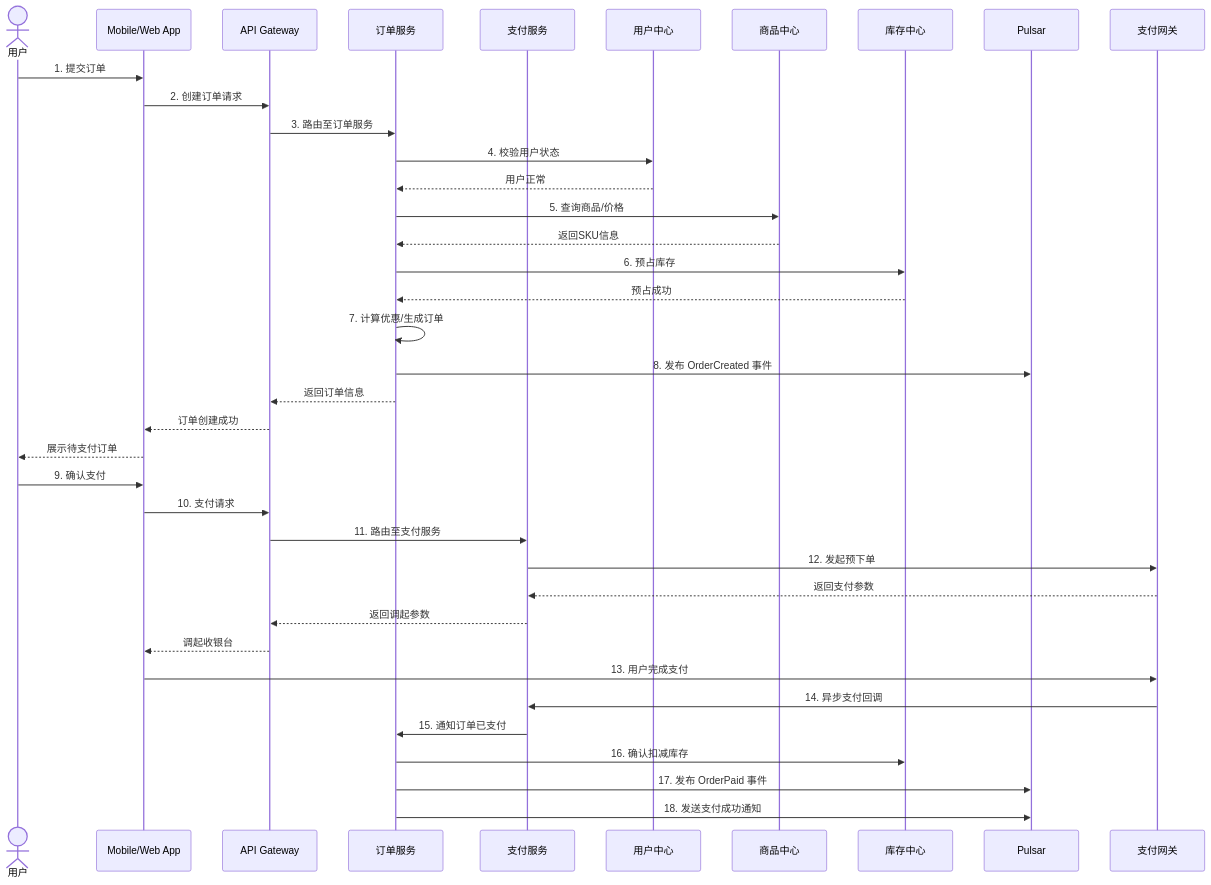
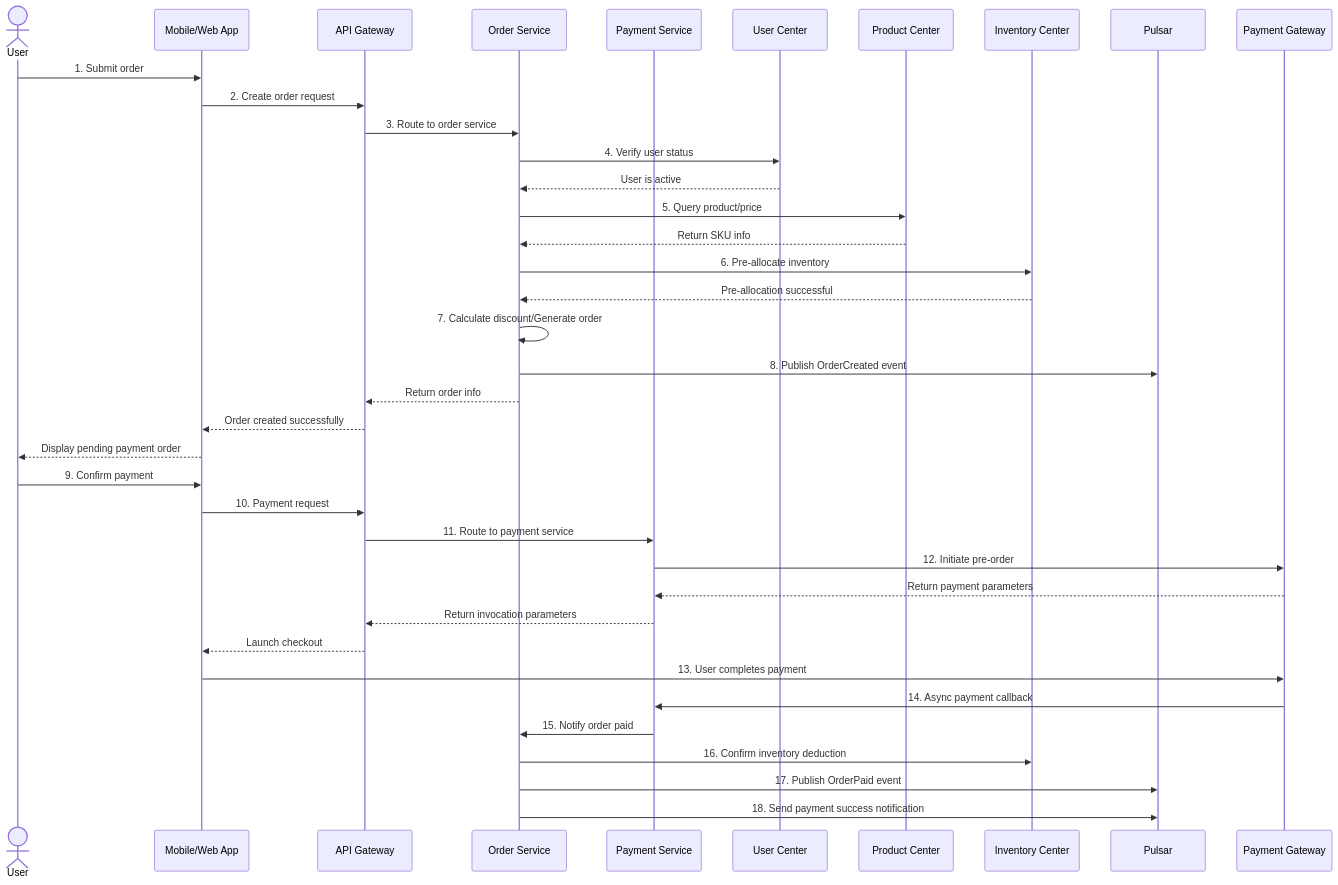
One commit to Kirky-X/cangjie changed the eighth of 15 diagrams in templates/产品/技术层/【模板】架构设计文档.md. Above: the diagram before and after it, drawn with Mermaid. The commit also changed other lines of this file and 46 other files, not shown here.

````diff
--- a/templates/产品/技术层/【模板】架构设计文档.md
+++ b/templates/产品/技术层/【模板】架构设计文档.md
@@ -379,42 +379,42 @@
 ```mermaid
 sequenceDiagram
-    actor U as 用户
+    actor U as User
     participant App as Mobile/Web App
     participant GW as API Gateway
-    participant OS as 订单服务
-    participant PS as 支付服务
-    participant US as 用户中心
-    participant PCS as 商品中心
-    participant ICS as 库存中心
+    participant OS as Order Service
+    participant PS as Payment Service
+    participant US as User Center
+    participant PCS as Product Center
+    participant ICS as Inventory Center
     participant MQ as Pulsar
-    participant Pay as 支付网关
+    participant Pay as Payment Gateway
 
-    U->>App: 1. 提交订单
-    App->>GW: 2. 创建订单请求
-    GW->>OS: 3. 路由至订单服务
-    OS->>US: 4. 校验用户状态
-    US-->>OS: 用户正常
-    OS->>PCS: 5. 查询商品/价格
-    PCS-->>OS: 返回SKU信息
-    OS->>ICS: 6. 预占库存
-    ICS-->>OS: 预占成功
-    OS->>OS: 7. 计算优惠/生成订单
-    OS->>MQ: 8. 发布 OrderCreated 事件
-    OS-->>GW: 返回订单信息
-    GW-->>App: 订单创建成功
-    App-->>U: 展示待支付订单
+    U->>App: 1. Submit order
+    App->>GW: 2. Create order request
+    GW->>OS: 3. Route to order service
+    OS->>US: 4. Verify user status
+    US-->>OS: User is active
+    OS->>PCS: 5. Query product/price
+    PCS-->>OS: Return SKU info
+    OS->>ICS: 6. Pre-allocate inventory
+    ICS-->>OS: Pre-allocation successful
+    OS->>OS: 7. Calculate discount/Generate order
+    OS->>MQ: 8. Publish OrderCreated event
+    OS-->>GW: Return order info
+    GW-->>App: Order created successfully
+    App-->>U: Display pending payment order
 
-    U->>App: 9. 确认支付
-    App->>GW: 10. 支付请求
-    GW->>PS: 11. 路由至支付服务
-    PS->>Pay: 12. 发起预下单
-    Pay-->>PS: 返回支付参数
-    PS-->>GW: 返回调起参数
-    GW-->>App: 调起收银台
-    App->>Pay: 13. 用户完成支付
-    Pay->>PS: 14. 异步支付回调
-    PS->>OS: 15. 通知订单已支付
-    OS->>ICS: 16. 确认扣减库存
-    OS->>MQ: 17. 发布 OrderPaid 事件
-    OS->>MQ: 18. 发送支付成功通知
+    U->>App: 9. Confirm payment
+    App->>GW: 10. Payment request
+    GW->>PS: 11. Route to payment service
+    PS->>Pay: 12. Initiate pre-order
+    Pay-->>PS: Return payment parameters
+    PS-->>GW: Return invocation parameters
+    GW-->>App: Launch checkout
+    App->>Pay: 13. User completes payment
+    Pay->>PS: 14. Async payment callback
+    PS->>OS: 15. Notify order paid
+    OS->>ICS: 16. Confirm inventory deduction
+    OS->>MQ: 17. Publish OrderPaid event
+    OS->>MQ: 18. Send payment success notification
 ```
````
